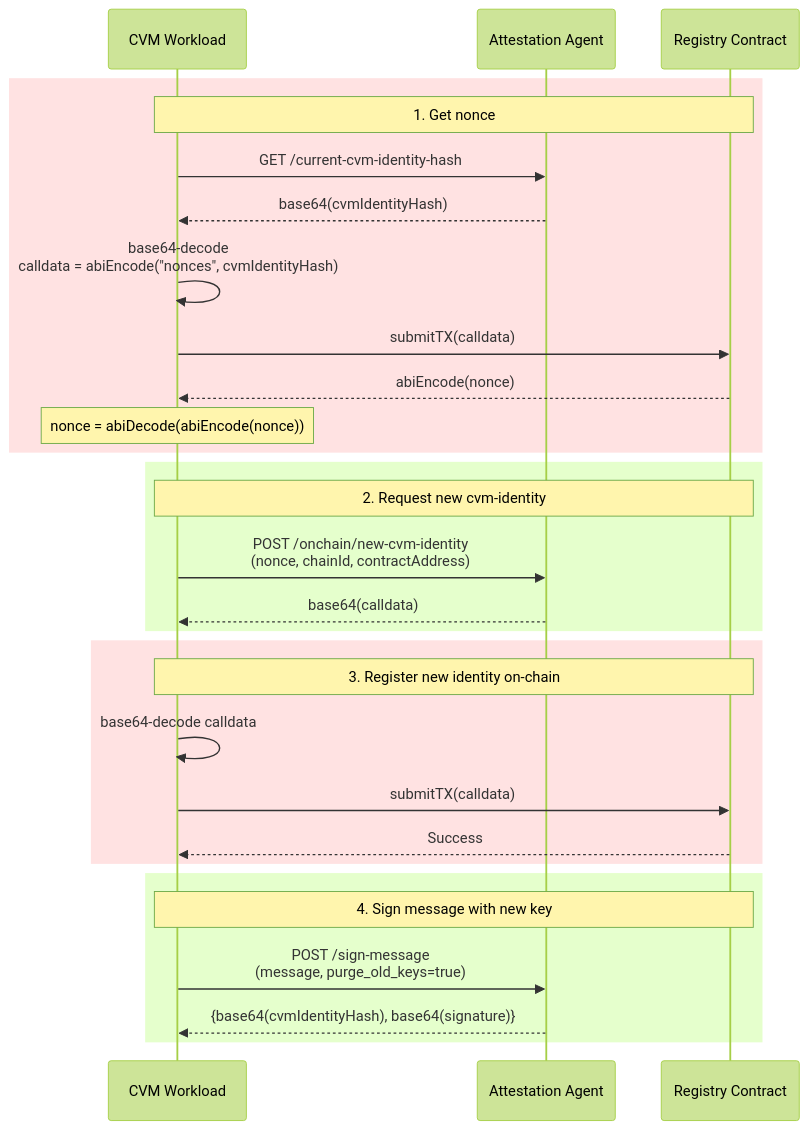
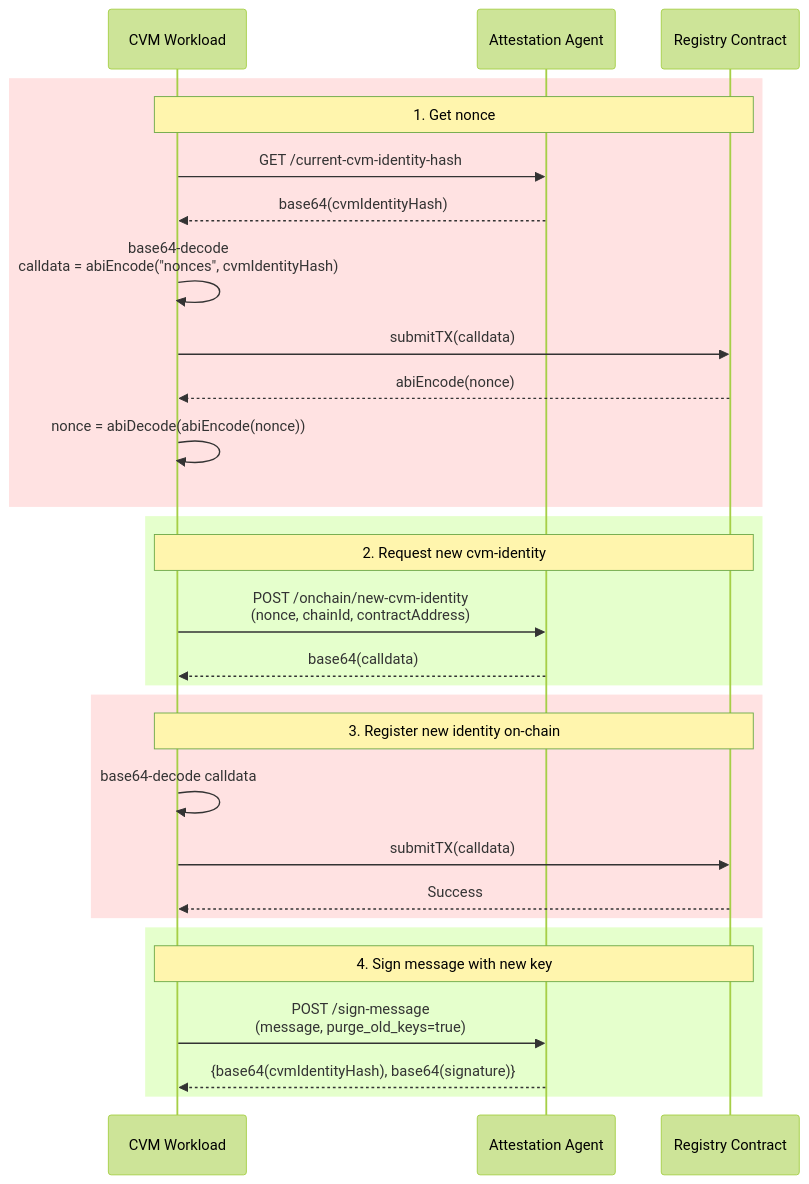
Before and after one commit to nuconstruct-ltd/automata-linux: the fifth of 6 diagrams in docs/onchain-workflows.md, drawn with Mermaid (forest theme). The commit also changed other lines of this file, not shown here.

Commit message:
Update onchain doc

````diff
--- a/docs/onchain-workflows.md
+++ b/docs/onchain-workflows.md
@@ -93,36 +95,36 @@
 ```mermaid
 sequenceDiagram
     participant CVM as CVM Workload
     participant AA as Attestation Agent
     participant RC as Registry Contract
 
     rect rgb(255,226,226)
         Note over CVM,RC: 1. Get nonce
         CVM->>AA: GET /current-cvm-identity-hash
         AA-->>CVM: base64(cvmIdentityHash)
         CVM->>CVM: base64-decode <br/> calldata = abiEncode("nonces", cvmIdentityHash)
         CVM->>RC: submitTX(calldata)
         RC-->>CVM: abiEncode(nonce)
-        note over CVM: nonce = abiDecode(abiEncode(nonce))
+        CVM->>CVM: nonce = abiDecode(abiEncode(nonce))
     end
 
     rect rgb(229,255,204)
         Note over CVM,RC: 2. Request new cvm-identity
         CVM->>AA: POST /onchain/new-cvm-identity<br/>(nonce, chainId, contractAddress)
         AA-->>CVM: base64(calldata)
     end
 
     rect rgb(255,226,226)
         Note over CVM,RC: 3. Register new identity on-chain
         CVM->>CVM: base64-decode calldata
         CVM->>RC: submitTX(calldata)
         RC-->>CVM: Success
     end
 
     rect rgb(229,255,204)
         Note over CVM, RC: 4. Sign message with new key
         CVM->>AA: POST /sign-message <br/>(message, purge_old_keys=true)
         AA-->>CVM: {base64(cvmIdentityHash), base64(signature)}
     end
 
 ```
````
